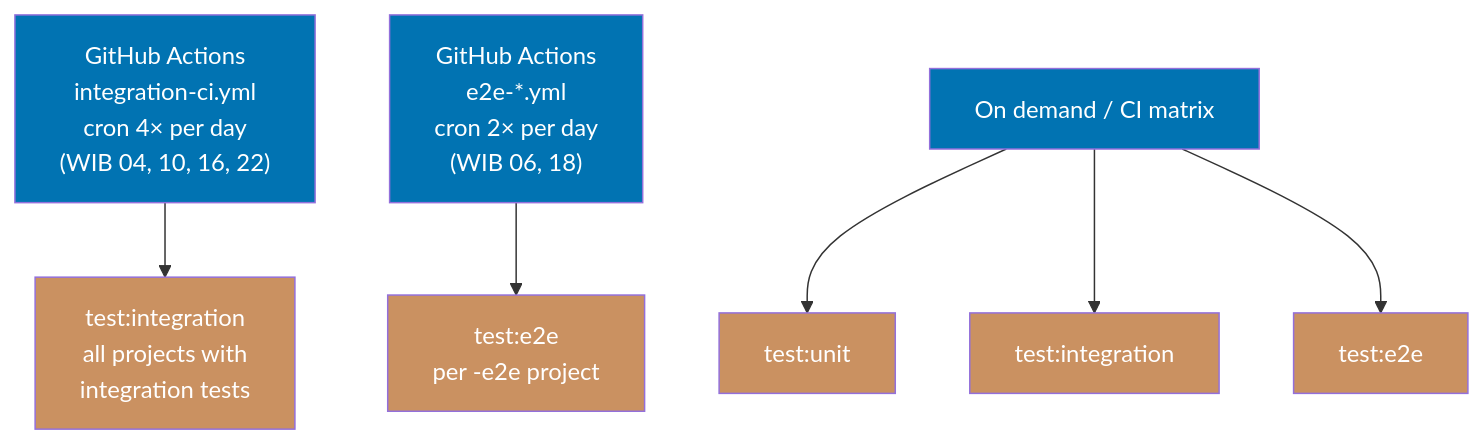
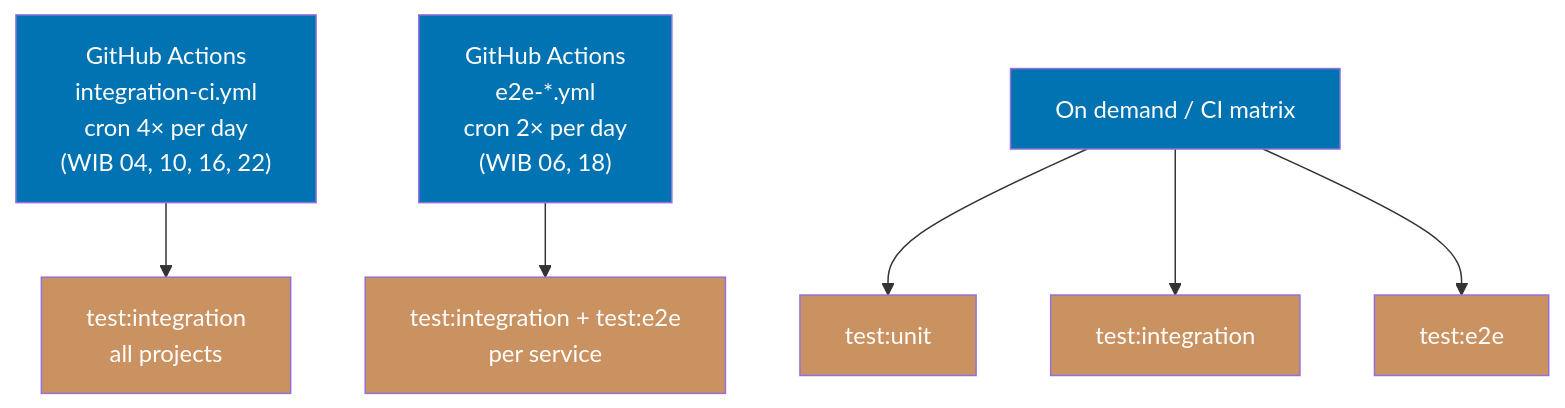
Before and after one commit to wahidyankf/open-sharia-enterprise: the second of 2 diagrams in governance/development/infra/nx-targets.md, drawn with Mermaid. The commit also changed other lines of this file and 8 other files, not shown here.

````diff
--- a/governance/development/infra/nx-targets.md
+++ b/governance/development/infra/nx-targets.md
@@ -62,18 +62,18 @@
 ```mermaid
 flowchart TD
-    H["GitHub Actions<br/>integration-ci.yml<br/>cron 4× per day<br/>(WIB 04, 10, 16, 22)"] --> I["test:integration<br/>all projects with<br/>integration tests"]
-    H2["GitHub Actions<br/>e2e-*.yml<br/>cron 2× per day<br/>(WIB 06, 18)"] --> I2["test:e2e<br/>per -e2e project"]
+    H["GitHub Actions<br/>integration-ci.yml<br/>cron 4× per day<br/>(WIB 04, 10, 16, 22)"] --> I["test:integration<br/>all projects"]
+    H2["GitHub Actions<br/>e2e-*.yml<br/>cron 2× per day<br/>(WIB 06, 18)"] --> I2["test:integration + test:e2e<br/>per service"]
 
     J[On demand / CI matrix] --> K[test:unit]
     J --> L[test:integration]
     J --> M[test:e2e]
 
     style H fill:#0173B2,color:#fff
     style H2 fill:#0173B2,color:#fff
     style I fill:#CA9161,color:#fff
     style I2 fill:#CA9161,color:#fff
     style J fill:#0173B2,color:#fff
     style K fill:#CA9161,color:#fff
     style L fill:#CA9161,color:#fff
     style M fill:#CA9161,color:#fff
 ```
````
